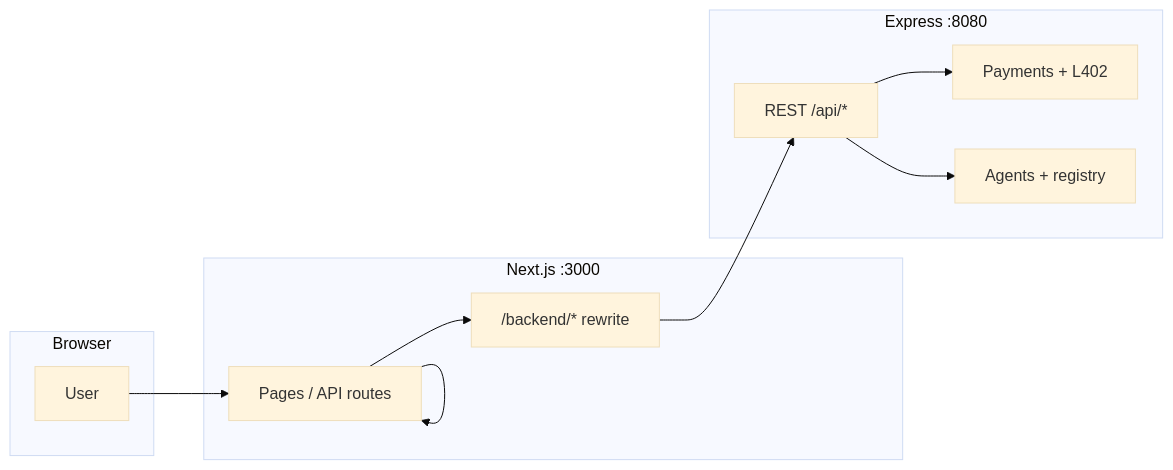
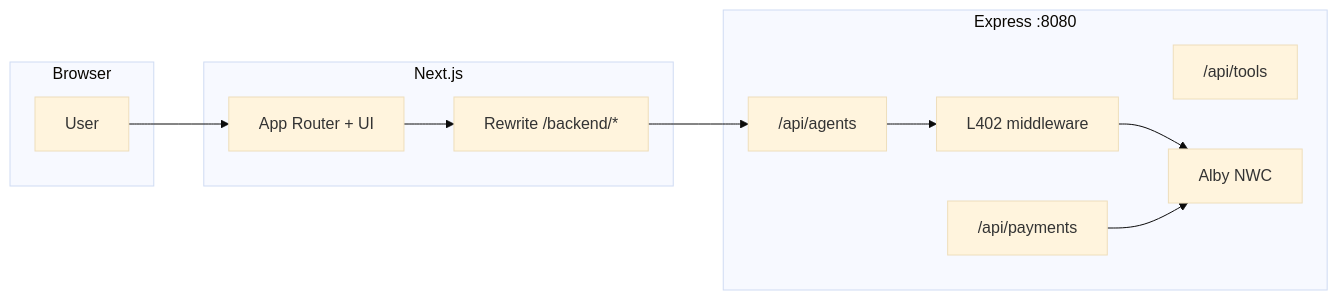
One commit to gautammanak1/shotenx-ai changed the third of 4 diagrams in readme.md. Above: the diagram before and after it, drawn with Mermaid (base theme). The commit also changed other lines of this file and 18 other files, not shown here.

First line of the commit message:
docs: rewrite README with problem/solution and L402 agent payment flow

````diff
--- a/readme.md
+++ b/readme.md
@@ -22,21 +217,23 @@
 ```mermaid
 flowchart LR
   subgraph Browser
     U[User]
   end
-  subgraph Next["Next.js :3000"]
-    P[Pages / API routes]
-    RW["/backend/* rewrite"]
+  subgraph Next["Next.js"]
+    P[App Router + UI]
+    RW["Rewrite /backend/*"]
   end
   subgraph Express["Express :8080"]
-    B[REST /api/*]
-    L[Payments + L402]
-    A[Agents + registry]
+    A["/api/agents"]
+    Pay["/api/payments"]
+    T["/api/tools"]
+    L402[L402 middleware]
+    NWC[Alby NWC]
   end
   U --> P
   P --> RW
-  RW --> B
-  P --> P
-  B --> L
-  B --> A
+  RW --> A
+  A --> L402
+  L402 --> NWC
+  Pay --> NWC
 ```
````
